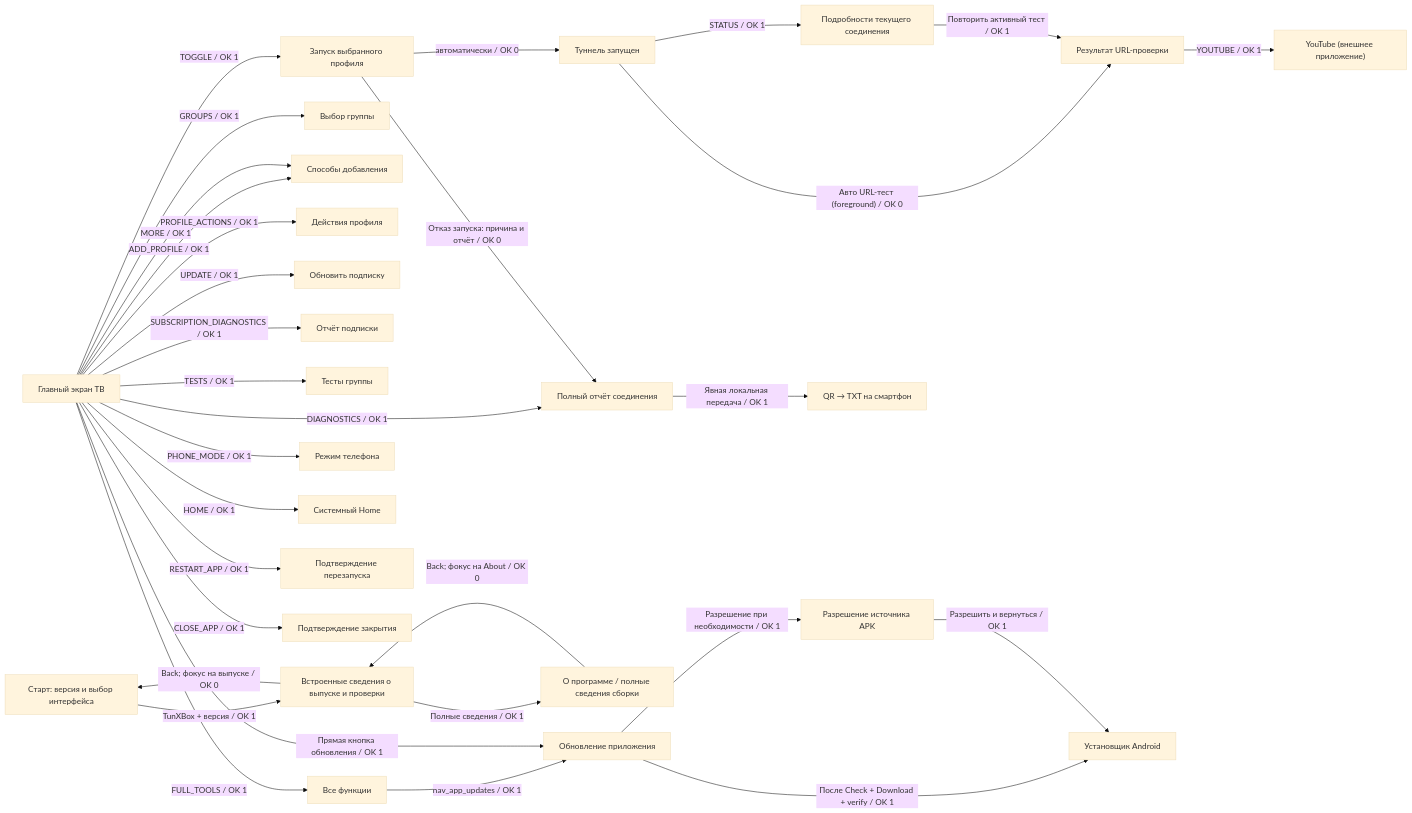
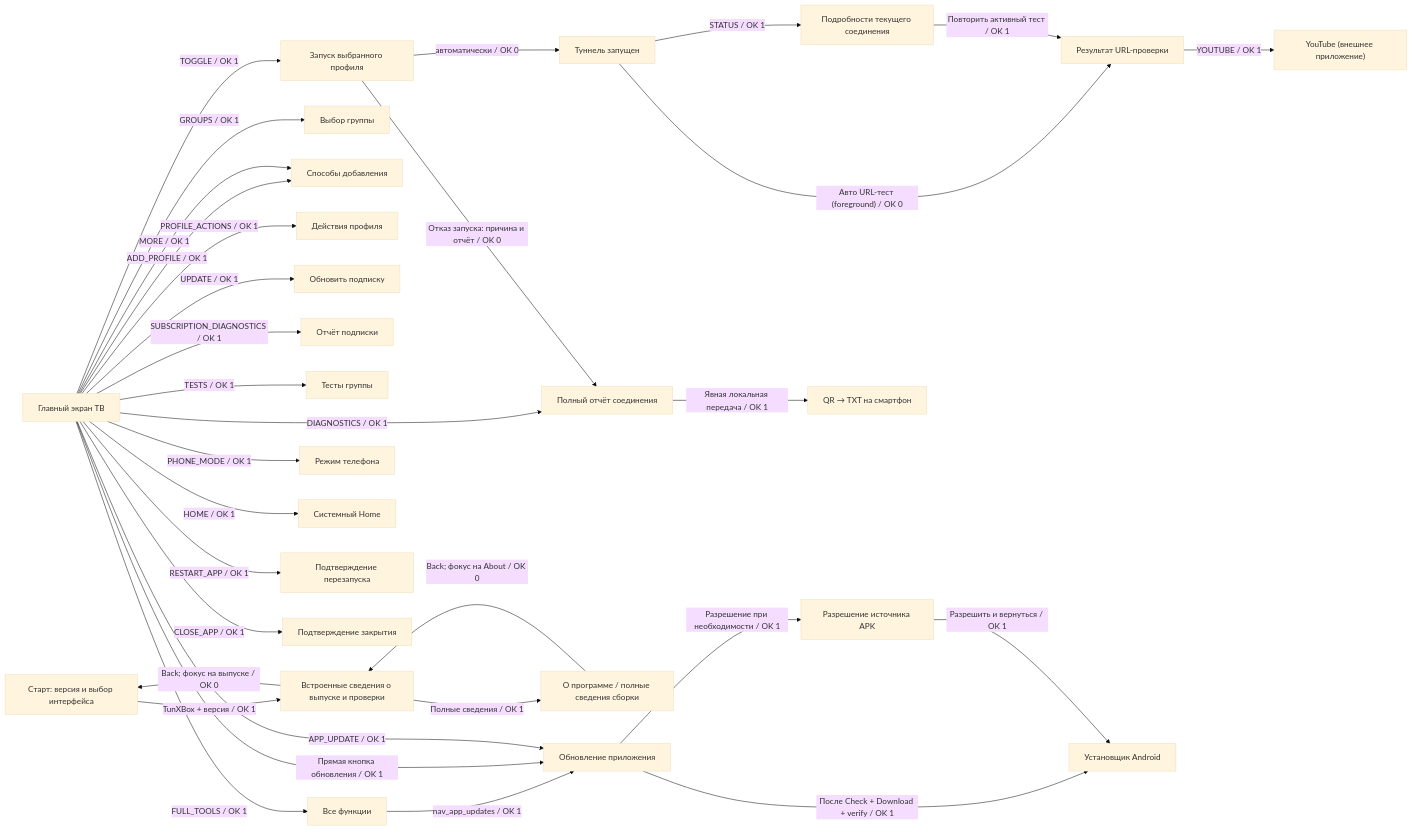
One commit to LeonidYasin/TunXBox changed the diagram in docs/tv-navigation.md. Above: the diagram before and after it, drawn with Mermaid (base theme). The commit also changed other lines of this file and 20 other files, not shown here.

````diff
--- a/docs/tv-navigation.md
+++ b/docs/tv-navigation.md
@@ -5,58 +5,59 @@
 ```mermaid
 flowchart LR
     TV["Главный экран ТВ"]
     CONNECT["Запуск выбранного профиля"]
     CONNECTED["Туннель запущен"]
     HEALTH["Результат URL-проверки"]
     STATUS["Подробности текущего соединения"]
     YOUTUBE["YouTube (внешнее приложение)"]
     GROUPS["Выбор группы"]
     ADD["Способы добавления"]
     PROFILE_ACTIONS["Действия профиля"]
     SUB_UPDATE["Обновить подписку"]
     SUB_REPORT["Отчёт подписки"]
     GROUP_TESTS["Тесты группы"]
     ALL_TOOLS["Все функции"]
     PHONE["Режим телефона"]
     HOME["Системный Home"]
     RESTART["Подтверждение перезапуска"]
     CLOSE["Подтверждение закрытия"]
     UPDATER["Обновление приложения"]
     INSTALLER["Установщик Android"]
     PERMISSION["Разрешение источника APK"]
     MODE["Старт: версия и выбор интерфейса"]
     ABOUT["О программе / полные сведения сборки"]
     RELEASE["Встроенные сведения о выпуске и проверки"]
     DIAGNOSTICS["Полный отчёт соединения"]
     REPORT_PHONE["QR → TXT на смартфон"]
     TV -->|"TOGGLE / OK 1"| CONNECT
     CONNECT -->|"автоматически / OK 0"| CONNECTED
     CONNECTED -->|"Авто URL-тест (foreground) / OK 0"| HEALTH
     CONNECTED -->|"STATUS / OK 1"| STATUS
     STATUS -->|"Повторить активный тест / OK 1"| HEALTH
     HEALTH -->|"YOUTUBE / OK 1"| YOUTUBE
     TV -->|"GROUPS / OK 1"| GROUPS
     TV -->|"ADD_PROFILE / OK 1"| ADD
     TV -->|"PROFILE_ACTIONS / OK 1"| PROFILE_ACTIONS
     TV -->|"UPDATE / OK 1"| SUB_UPDATE
     TV -->|"SUBSCRIPTION_DIAGNOSTICS / OK 1"| SUB_REPORT
     TV -->|"TESTS / OK 1"| GROUP_TESTS
     TV -->|"FULL_TOOLS / OK 1"| ALL_TOOLS
     TV -->|"MORE / OK 1"| ADD
     TV -->|"PHONE_MODE / OK 1"| PHONE
     TV -->|"HOME / OK 1"| HOME
     TV -->|"RESTART_APP / OK 1"| RESTART
     TV -->|"CLOSE_APP / OK 1"| CLOSE
     ALL_TOOLS -->|"nav_app_updates / OK 1"| UPDATER
     UPDATER -->|"Разрешение при необходимости / OK 1"| PERMISSION
     UPDATER -->|"После Check + Download + verify / OK 1"| INSTALLER
     PERMISSION -->|"Разрешить и вернуться / OK 1"| INSTALLER
     TV -->|"Прямая кнопка обновления / OK 1"| UPDATER
     MODE -->|"TunXBox + версия / OK 1"| RELEASE
     RELEASE -->|"Полные сведения / OK 1"| ABOUT
     ABOUT -->|"Back; фокус на About / OK 0"| RELEASE
     RELEASE -->|"Back; фокус на выпуске / OK 0"| MODE
     TV -->|"DIAGNOSTICS / OK 1"| DIAGNOSTICS
     DIAGNOSTICS -->|"Явная локальная передача / OK 1"| REPORT_PHONE
     CONNECT -->|"Отказ запуска: причина и отчёт / OK 0"| DIAGNOSTICS
+    TV -->|"APP_UPDATE / OK 1"| UPDATER
 ```
````
